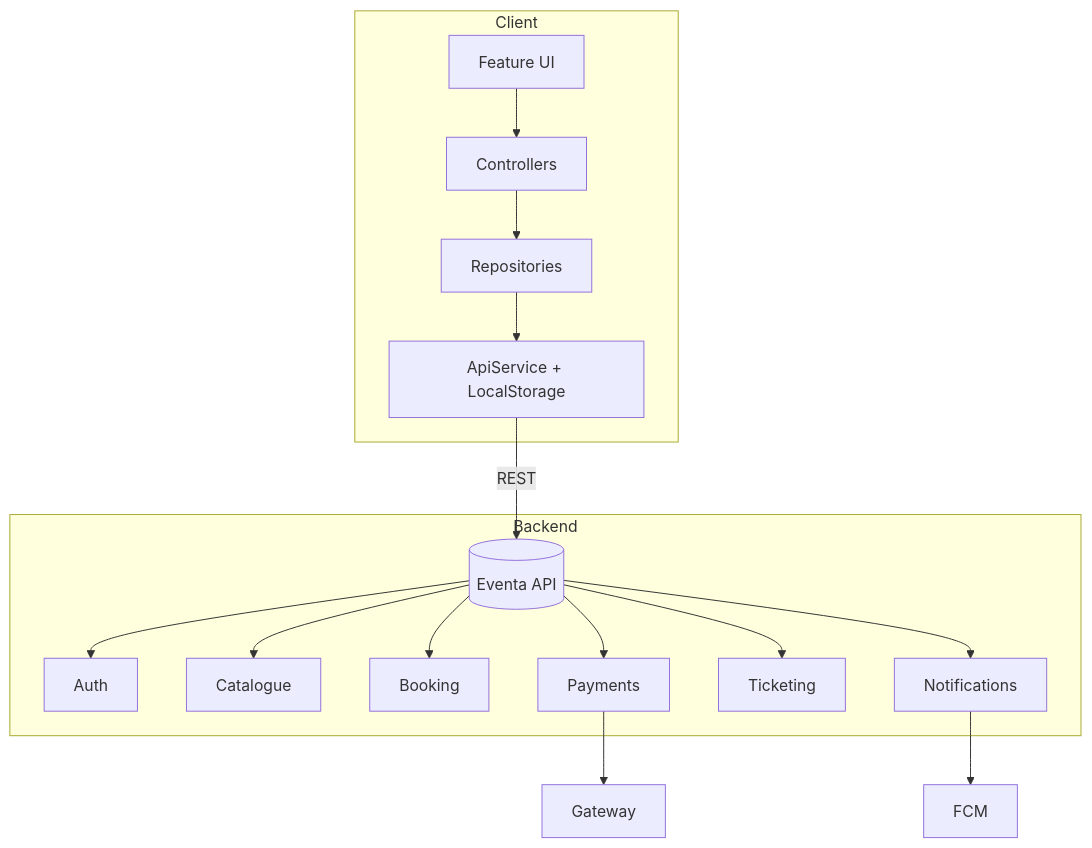
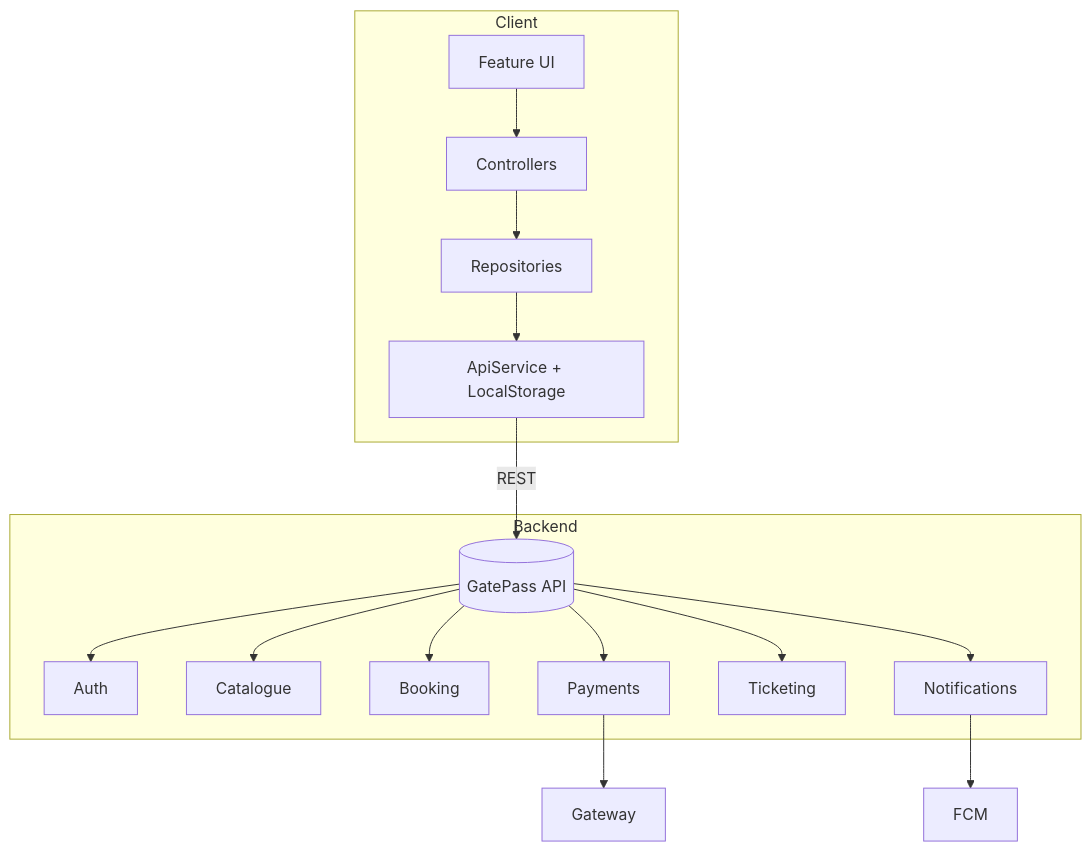
The seventh of 7 diagrams in docs/06-UML.md (Shashwat-09/GatePass), drawn with Mermaid before and after one commit. The commit also changed other lines of this file and 236 other files, not shown here.

````diff
--- a/docs/06-UML.md
+++ b/docs/06-UML.md
@@ -149,12 +149,12 @@
 ```mermaid
 flowchart TB
   subgraph Client
     UI[Feature UI] --> Ctrl[Controllers] --> Repos[Repositories] --> Core[ApiService + LocalStorage]
   end
-  Core -->|REST| API[(Eventa API)]
+  Core -->|REST| API[(GatePass API)]
   subgraph Backend
     API --> Auth & Catalogue & Booking & Payments & Ticketing & Notifications
   end
   Payments --> GW[Gateway]
   Notifications --> FCM
 ```
````
